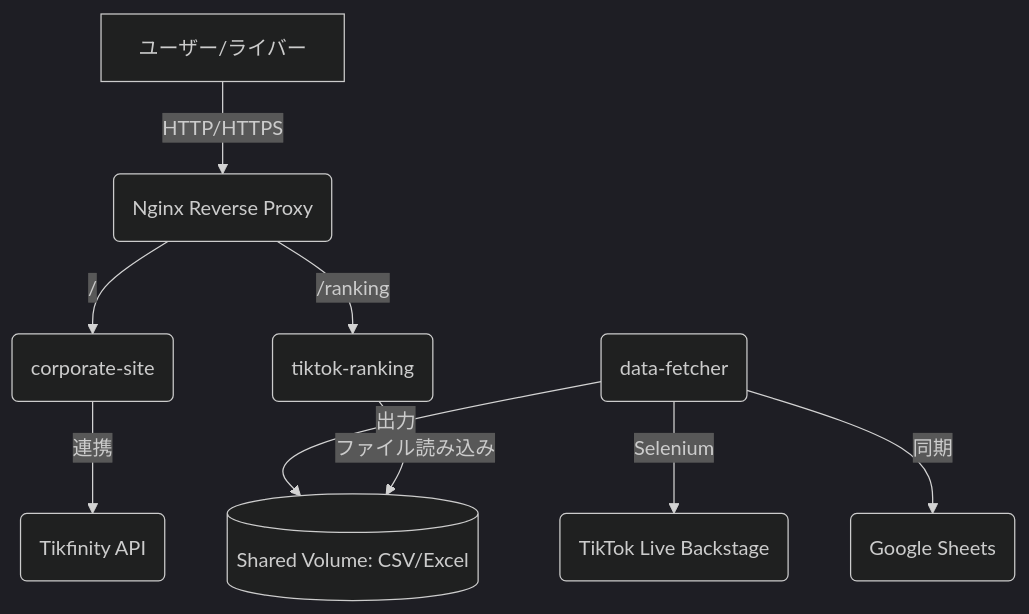
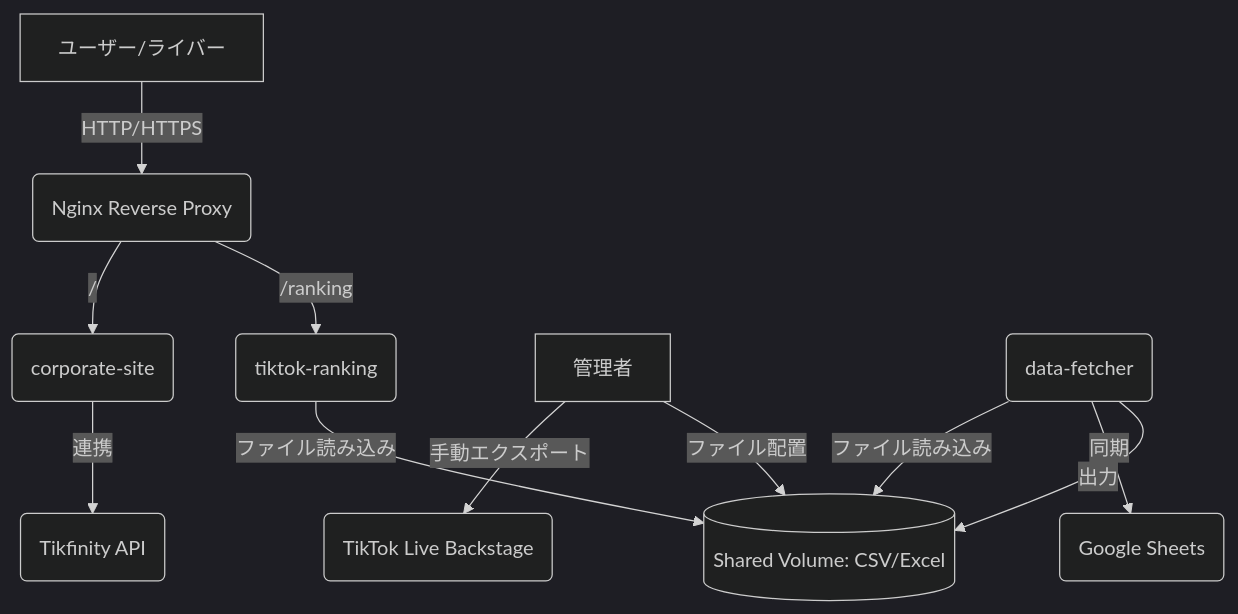
Before and after one commit to tiktok-ranking/docker-compose: the diagram in 設計書/基本設計書.md, drawn with Mermaid (dark theme). The commit also changed other lines of this file and 2 other files, not shown here.

````diff
--- a/設計書/基本設計書.md
+++ b/設計書/基本設計書.md
@@ -23,13 +26,16 @@
 ```mermaid
 graph TD
     A[ユーザー/ライバー] -- HTTP/HTTPS --> B(Nginx Reverse Proxy)
     B -- / --> C1(corporate-site)
     B -- /ranking --> C2(tiktok-ranking)
     
-    W(data-fetcher) -- Selenium --> G(TikTok Live Backstage)
+    M[管理者] -- 手動エクスポート --> G(TikTok Live Backstage)
+    M -- ファイル配置 --> V[(Shared Volume: CSV/Excel)]
+    
+    W(data-fetcher) -- ファイル読み込み --> V
     W -- 同期 --> S(Google Sheets)
     W -- 出力 --> V[(Shared Volume: CSV/Excel)]
     
     C1 -- 連携 --> T(Tikfinity API)
     C2 -- ファイル読み込み --> V
 ```
````
